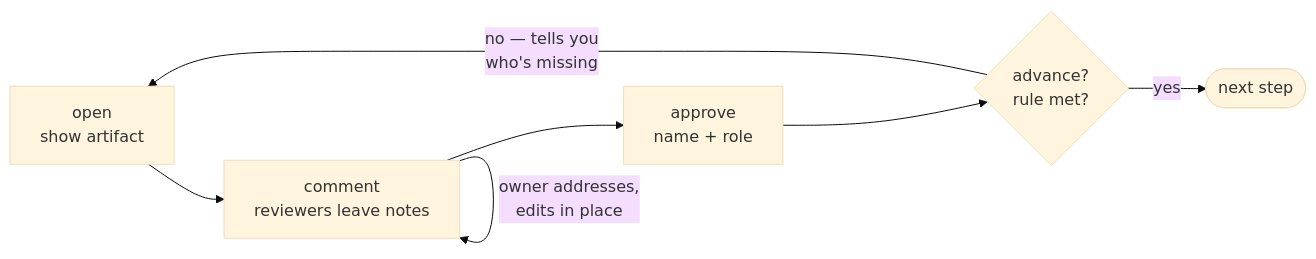
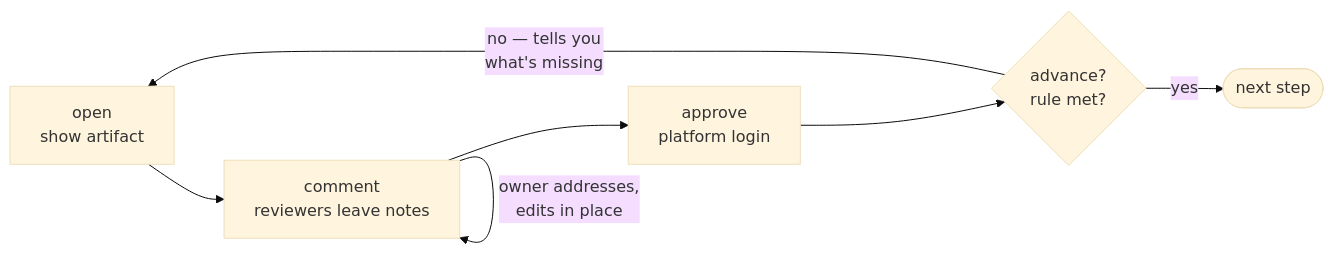
Before and after one commit to abdelrahmannasr/yadflow: the third of 3 diagrams in TEAM-GUIDE.md, drawn with Mermaid (base theme). The commit also changed other lines of this file and 16 other files, not shown here.

Commit message:
docs: correct the guides, both sites, the report and the review-loop diagram against the code; add the report's 7 missing skill cards

````diff
--- a/TEAM-GUIDE.md
+++ b/TEAM-GUIDE.md
@@ -371,9 +371,9 @@
 ```mermaid
 flowchart LR
     o["open<br/>show artifact"] --> c["comment<br/>reviewers leave notes"]
     c -->|owner addresses,<br/>edits in place| c
-    c --> ap["approve<br/>name + role"]
+    c --> ap["approve<br/>platform login"]
     ap --> adv{"advance?<br/>rule met?"}
-    adv -->|no — tells you<br/>who's missing| o
+    adv -->|no — tells you<br/>what's missing| o
     adv -->|yes| nxt(["next step"])
 ```
````
